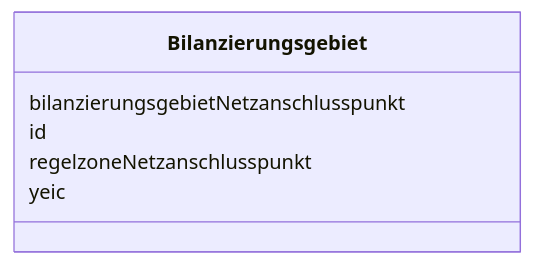
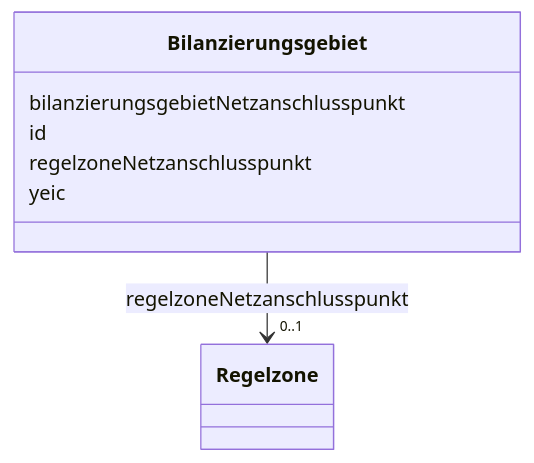
Before and after one commit to FlorianK13/mastr-model: the diagram in docs/schema/classes/Bilanzierungsgebiet.md, drawn with Mermaid. The commit also changed other lines of this file and 86 other files, not shown here.

````diff
--- a/docs/schema/classes/Bilanzierungsgebiet.md
+++ b/docs/schema/classes/Bilanzierungsgebiet.md
@@ -18,14 +18,23 @@
 ```mermaid
  classDiagram
     class Bilanzierungsgebiet
     click Bilanzierungsgebiet href "../../classes/Bilanzierungsgebiet/"
       Bilanzierungsgebiet : bilanzierungsgebietNetzanschlusspunkt
         
       Bilanzierungsgebiet : id
         
       Bilanzierungsgebiet : regelzoneNetzanschlusspunkt
         
+          
+    
+        
+        
+        Bilanzierungsgebiet --> "0..1" Regelzone : regelzoneNetzanschlusspunkt
+        click Regelzone href "../../enums/Regelzone/"
+    
+
+        
       Bilanzierungsgebiet : yeic
         
       
 ```
````
